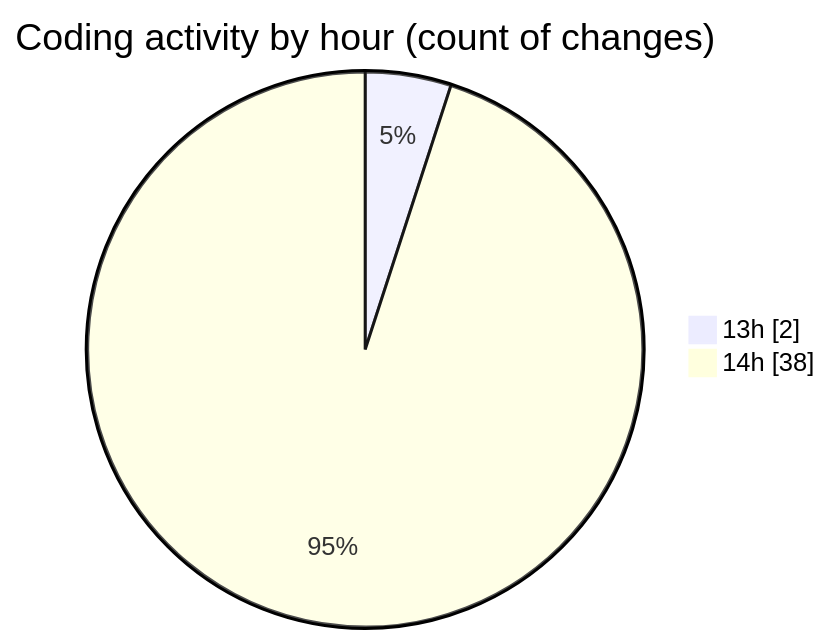
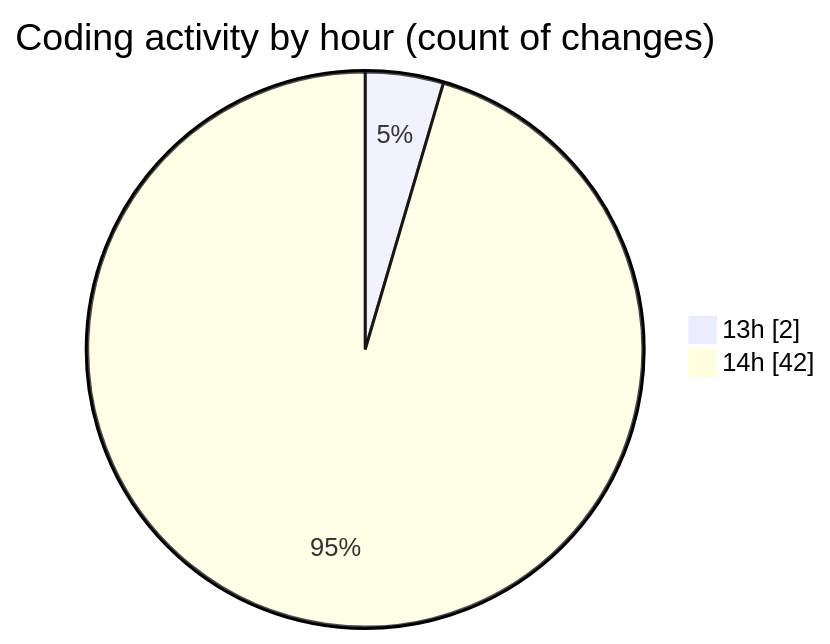
The second of 2 diagrams in 2025-05-31/nxtqube_webapp/README.md (nxtqubesakshisongat/code-tracking), drawn with Mermaid before and after one commit. The commit also changed other lines of this file and 1 other file, not shown here.

````diff
--- a/2025-05-31/nxtqube_webapp/README.md
+++ b/2025-05-31/nxtqube_webapp/README.md
@@ -32,6 +32,6 @@
 ```mermaid
 pie showData
 title Coding activity by hour (count of changes)
 "13h" : 2
-"14h" : 38
+"14h" : 42
 ```
````
